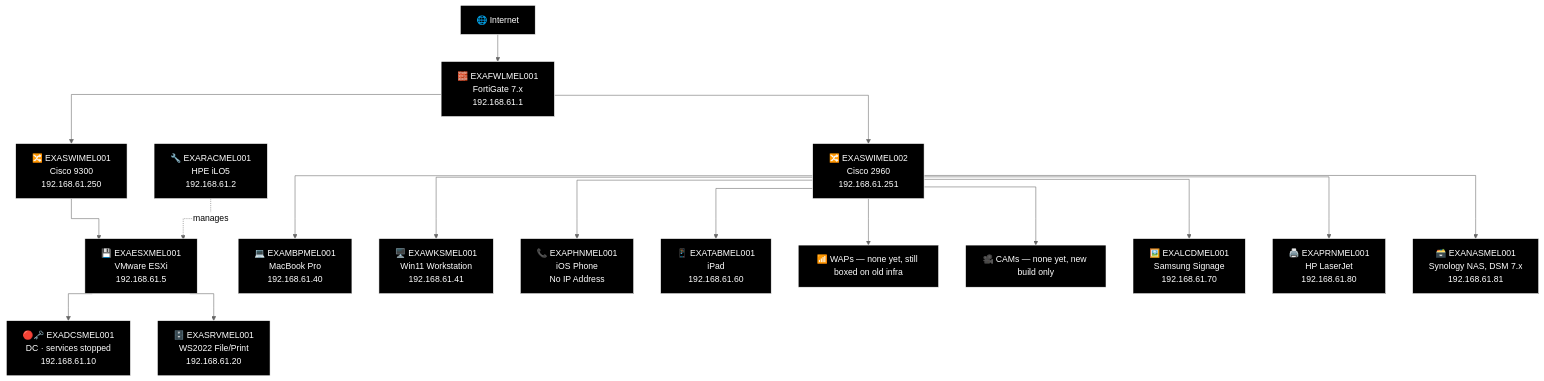
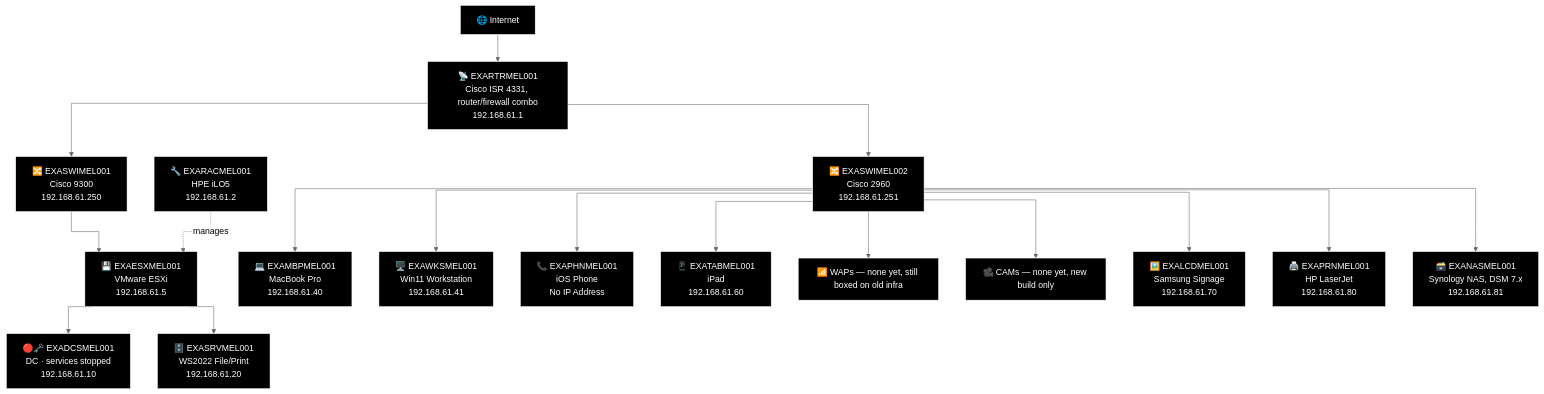
The fourth of 6 diagrams in docs/network-diagram/australia.md (knightmare2600/example_music_infra), drawn with Mermaid (neutral theme) before and after one commit. The commit also changed other lines of this file and 7 other files, not shown here.

````diff
--- a/docs/network-diagram/australia.md
+++ b/docs/network-diagram/australia.md
@@ -219,57 +219,57 @@
 ```mermaid
 %%{init: {'flowchart': {'curve': 'stepAfter'}}}%%
 graph TD
     O_INET["🌐 Internet"]
-    O_FWL["🧱 EXAFWLMEL001<br/>FortiGate 7.x<br/>192.168.61.1"]
-    O_INET --> O_FWL
+    O_RTR["📡 EXARTRMEL001<br/>Cisco ISR 4331, router/firewall combo<br/>192.168.61.1"]
+    O_INET --> O_RTR
     O_SW1["🔀 EXASWIMEL001<br/>Cisco 9300<br/>192.168.61.250"]
     O_SW2["🔀 EXASWIMEL002<br/>Cisco 2960<br/>192.168.61.251"]
-    O_FWL --> O_SW1
-    O_FWL --> O_SW2
+    O_RTR --> O_SW1
+    O_RTR --> O_SW2
 
     O_RAC["🔧 EXARACMEL001<br/>HPE iLO5<br/>192.168.61.2"]
     O_ESX["💾 EXAESXMEL001<br/>VMware ESXi<br/>192.168.61.5"]
     O_DC["🔴🗝️ EXADCSMEL001<br/>DC · services stopped<br/>192.168.61.10"]
     O_SRV["🗄️ EXASRVMEL001<br/>WS2022 File/Print<br/>192.168.61.20"]
     O_SW1 --> O_ESX
     O_RAC -.->|"manages"| O_ESX
     O_ESX --> O_DC
     O_ESX --> O_SRV
 
     O_MBP["💻 EXAMBPMEL001<br/>MacBook Pro<br/>192.168.61.40"]
     O_WKS["🖥️ EXAWKSMEL001<br/>Win11 Workstation<br/>192.168.61.41"]
     O_PHN["📞 EXAPHNMEL001<br/>iOS Phone<br/>No IP Address"]
     O_TAB["📱 EXATABMEL001<br/>iPad<br/>192.168.61.60"]
     O_WAP["📶 WAPs — none yet, still boxed on old infra"]
     O_CAM["🎥 CAMs — none yet, new build only"]
     O_LCD["🖼️ EXALCDMEL001<br/>Samsung Signage<br/>192.168.61.70"]
     O_PRN["🖨️ EXAPRNMEL001<br/>HP LaserJet<br/>192.168.61.80"]
     O_NAS["🗃️ EXANASMEL001<br/>Synology NAS, DSM 7.x<br/>192.168.61.81"]
     O_SW2 --> O_MBP
     O_SW2 --> O_WKS
     O_SW2 --> O_PHN
     O_SW2 --> O_TAB
     O_SW2 --> O_WAP
     O_SW2 --> O_CAM
     O_SW2 --> O_LCD
     O_SW2 --> O_PRN
     O_SW2 --> O_NAS
 
     style O_INET fill:#000000,stroke:#FFFFFF,color:#FFFFFF
-    style O_FWL fill:#000000,stroke:#FFFFFF,color:#FFFFFF
+    style O_RTR fill:#000000,stroke:#FFFFFF,color:#FFFFFF
     style O_SW1 fill:#000000,stroke:#FFFFFF,color:#FFFFFF
     style O_SW2 fill:#000000,stroke:#FFFFFF,color:#FFFFFF
     style O_RAC fill:#000000,stroke:#FFFFFF,color:#FFFFFF
     style O_ESX fill:#000000,stroke:#FFFFFF,color:#FFFFFF
     style O_DC fill:#000000,stroke:#FFFFFF,color:#FFFFFF
     style O_SRV fill:#000000,stroke:#FFFFFF,color:#FFFFFF
     style O_MBP fill:#000000,stroke:#FFFFFF,color:#FFFFFF
     style O_WKS fill:#000000,stroke:#FFFFFF,color:#FFFFFF
     style O_PHN fill:#000000,stroke:#FFFFFF,color:#FFFFFF
     style O_TAB fill:#000000,stroke:#FFFFFF,color:#FFFFFF
     style O_WAP fill:#000000,stroke:#FFFFFF,color:#FFFFFF
     style O_CAM fill:#000000,stroke:#FFFFFF,color:#FFFFFF
     style O_LCD fill:#000000,stroke:#FFFFFF,color:#FFFFFF
     style O_PRN fill:#000000,stroke:#FFFFFF,color:#FFFFFF
     style O_NAS fill:#000000,stroke:#FFFFFF,color:#FFFFFF
 ```
````
